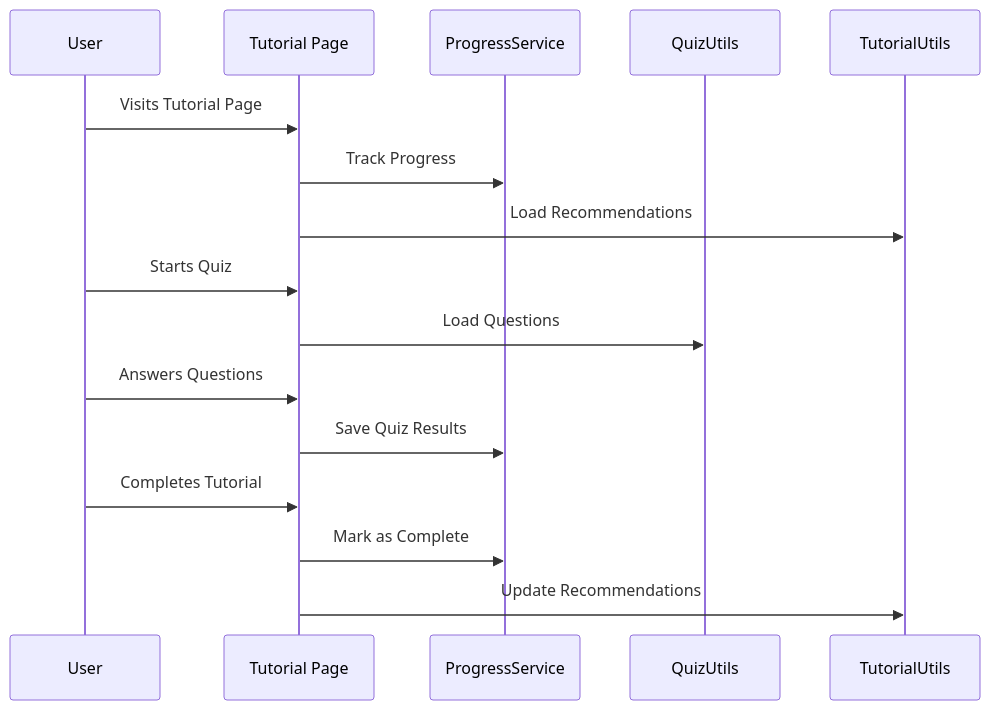
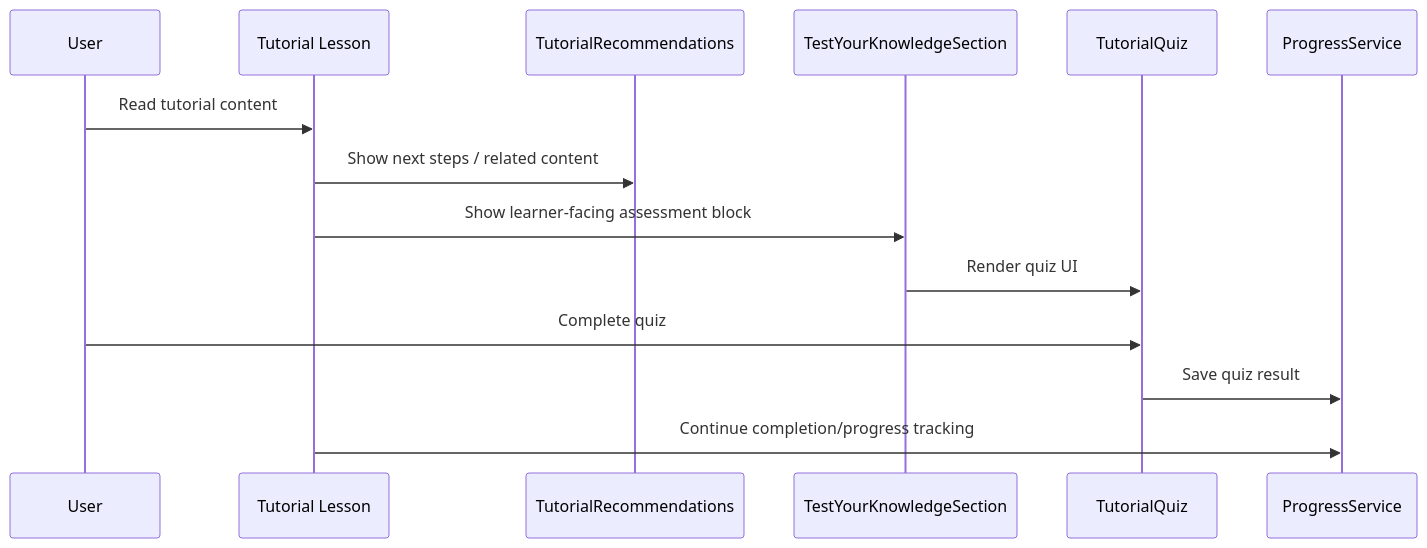
Before and after one commit to hlnb/ge-tutorial-platform: the fourth of 5 diagrams in docs/TUTORIAL_SITE_DIAGRAM.md, drawn with Mermaid. The commit also changed other lines of this file and 16 other files, not shown here.

````diff
--- a/docs/TUTORIAL_SITE_DIAGRAM.md
+++ b/docs/TUTORIAL_SITE_DIAGRAM.md
@@ -93,21 +86,17 @@
 ```mermaid
 sequenceDiagram
     participant User
-    participant TP as Tutorial Page
-    participant PS as ProgressService
-    participant QU as QuizUtils
-    participant TU as TutorialUtils
-    
-    User->>TP: Visits Tutorial Page
-    TP->>PS: Track Progress
-    TP->>TU: Load Recommendations
-    
-    User->>TP: Starts Quiz
-    TP->>QU: Load Questions
-    User->>TP: Answers Questions
-    TP->>PS: Save Quiz Results
-    
-    User->>TP: Completes Tutorial
-    TP->>PS: Mark as Complete
-    TP->>TU: Update Recommendations
+    participant Lesson as Tutorial Lesson
+    participant Rec as TutorialRecommendations
+    participant Assess as TestYourKnowledgeSection
+    participant Quiz as TutorialQuiz
+    participant Progress as ProgressService
+
+    User->>Lesson: Read tutorial content
+    Lesson->>Rec: Show next steps / related content
+    Lesson->>Assess: Show learner-facing assessment block
+    Assess->>Quiz: Render quiz UI
+    User->>Quiz: Complete quiz
+    Quiz->>Progress: Save quiz result
+    Lesson->>Progress: Continue completion/progress tracking
 ```
````
